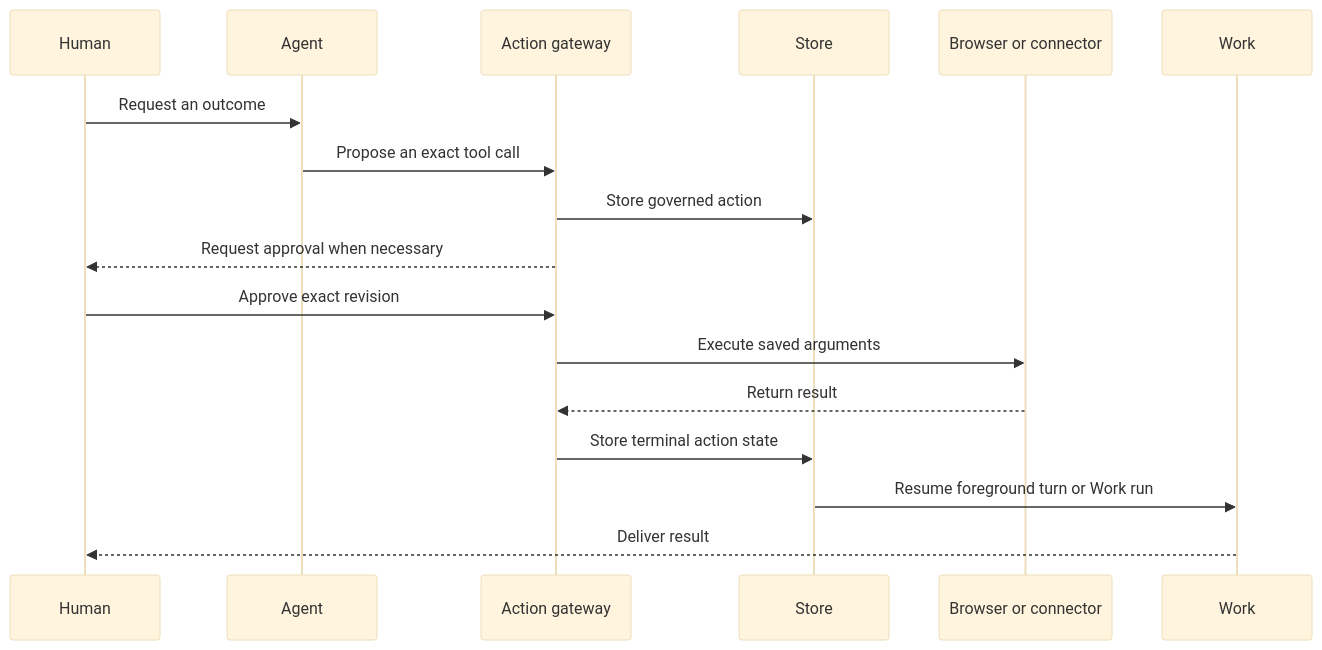
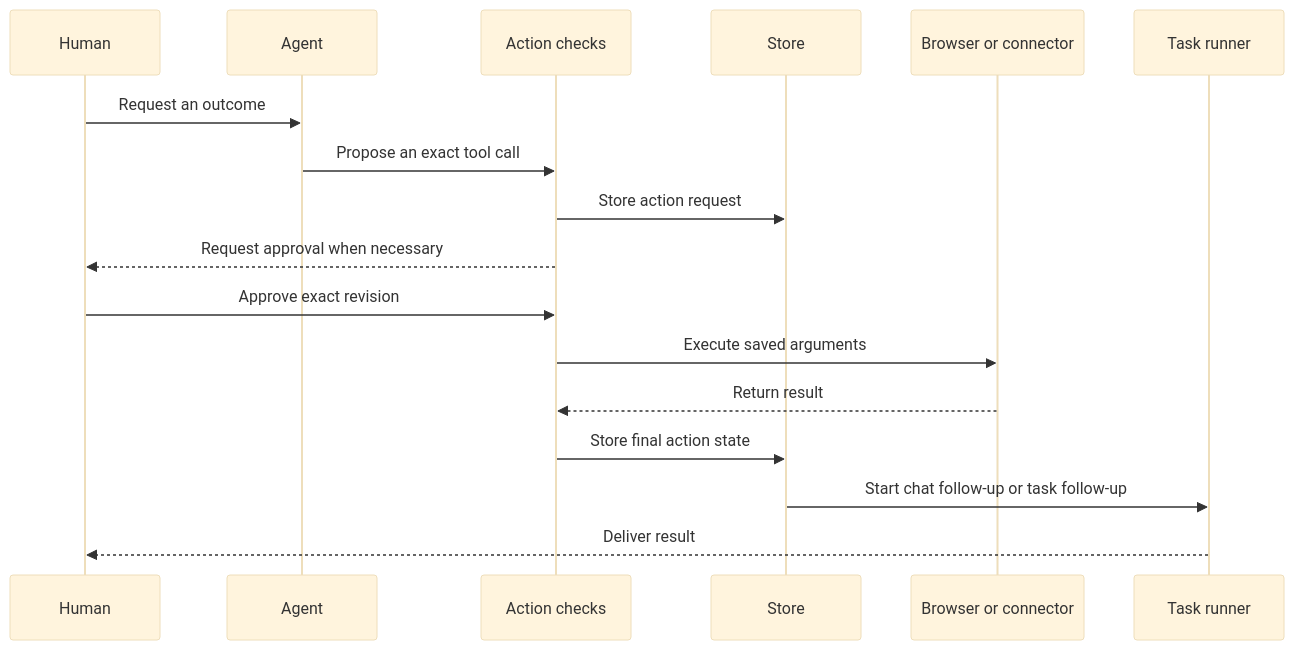
One commit to kpsuperplane/Noema changed the second of 29 diagrams in docs/superpowers/plans/2026-08-08-noema-practical-reliability-roadmap.md. Above: the diagram before and after it, drawn with Mermaid (base theme). The commit also changed other lines of this file, not shown here.

Commit message:
docs: make plain code the first roadmap phase

````diff
--- a/docs/superpowers/plans/2026-08-08-noema-practical-reliability-roadmap.md
+++ b/docs/superpowers/plans/2026-08-08-noema-practical-reliability-roadmap.md
@@ -98,20 +104,20 @@
 ```mermaid
 sequenceDiagram
     participant Human
     participant Agent
-    participant Gateway as Action gateway
+    participant Gateway as Action checks
     participant Store
     participant Tool as Browser or connector
-    participant Work
+    participant Task as Task runner
 
     Human->>Agent: Request an outcome
     Agent->>Gateway: Propose an exact tool call
-    Gateway->>Store: Store governed action
+    Gateway->>Store: Store action request
     Gateway-->>Human: Request approval when necessary
     Human->>Gateway: Approve exact revision
     Gateway->>Tool: Execute saved arguments
     Tool-->>Gateway: Return result
-    Gateway->>Store: Store terminal action state
-    Store->>Work: Resume foreground turn or Work run
-    Work-->>Human: Deliver result
+    Gateway->>Store: Store final action state
+    Store->>Task: Start chat follow-up or task follow-up
+    Task-->>Human: Deliver result
 ```
````
